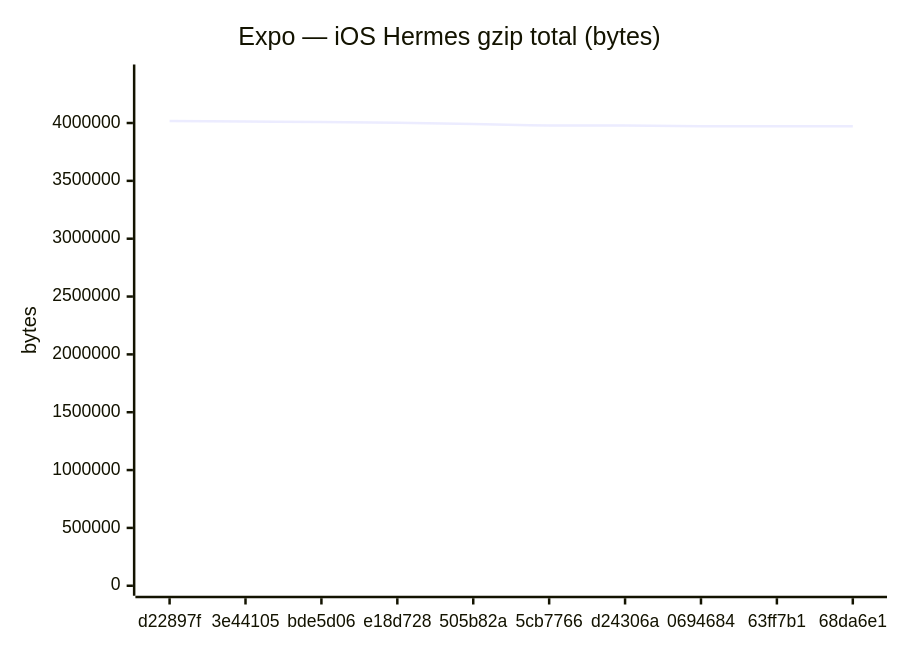
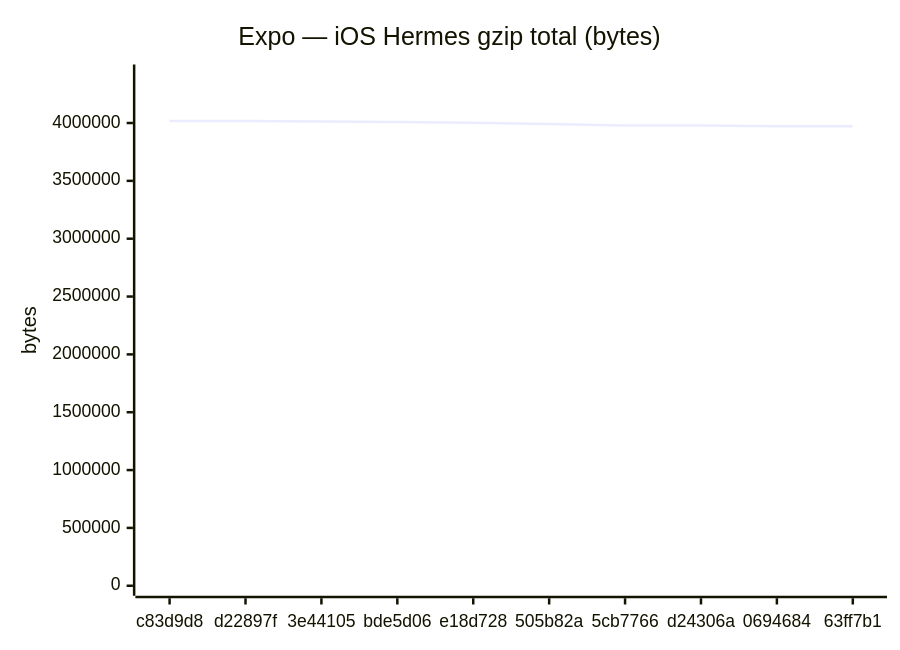
Before and after one commit to Metaheurist/Rianell: the sixth of 18 diagrams in benchmarks/compare.md, drawn with Mermaid. The commit also changed other lines of this file and 11 other files, not shown here.

````diff
--- a/benchmarks/compare.md
+++ b/benchmarks/compare.md
@@ -96,7 +96,7 @@
 ```mermaid
 xychart-beta
     title "Expo — iOS Hermes gzip total (bytes)"
-    x-axis ["d22897f", "3e44105", "bde5d06", "e18d728", "505b82a", "5cb7766", "d24306a", "0694684", "63ff7b1", "68da6e1"]
+    x-axis ["c83d9d8", "d22897f", "3e44105", "bde5d06", "e18d728", "505b82a", "5cb7766", "d24306a", "0694684", "63ff7b1"]
     y-axis "bytes" 0 --> 4419322
-    line [4017565, 4012063, 4008470, 4002116, 3990384, 3978033, 3978036, 3971946, 3971945, 3971946]
+    line [4017281, 4017565, 4012063, 4008470, 4002116, 3990384, 3978033, 3978036, 3971946, 3971945]
 ```
````
